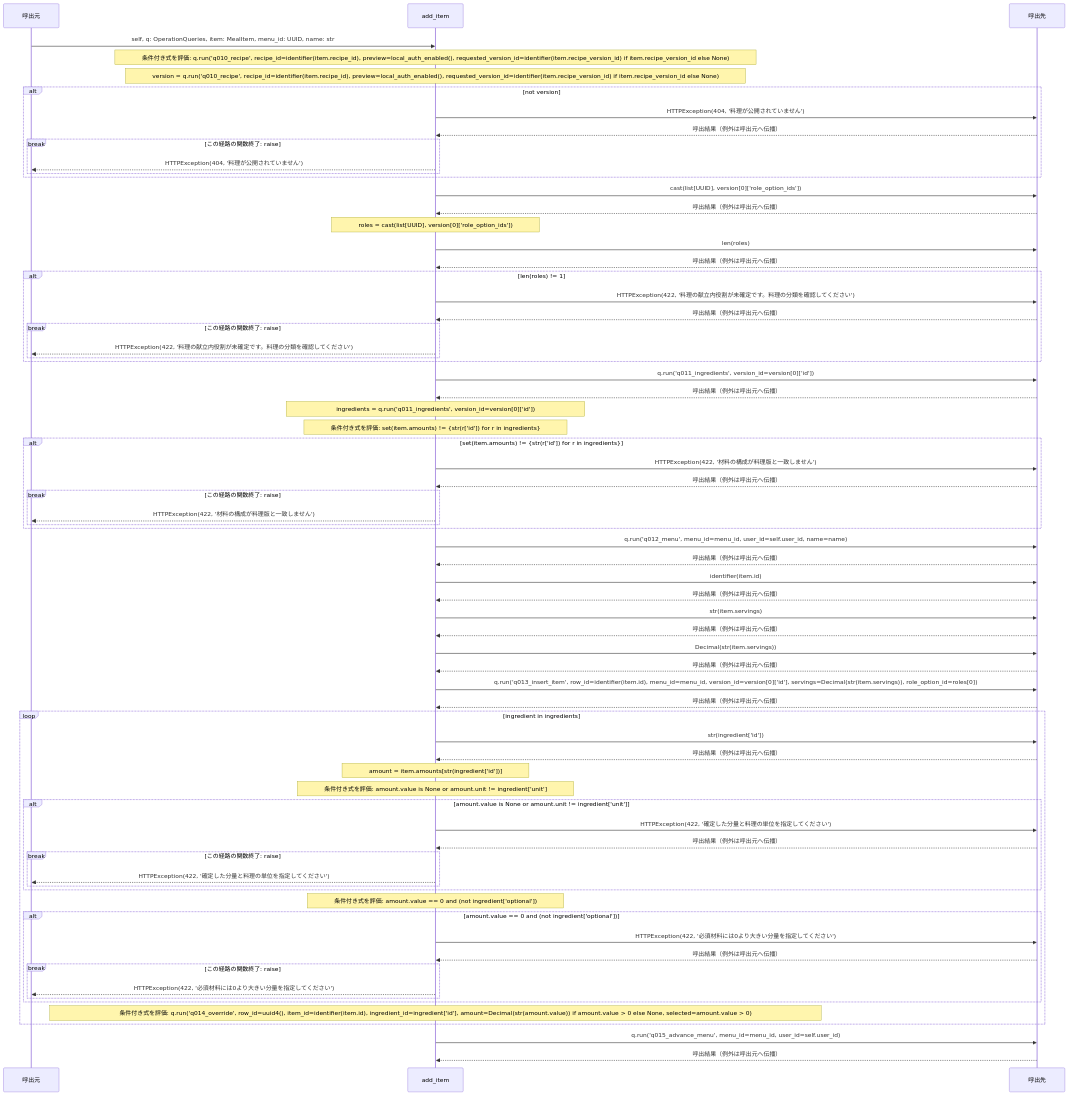
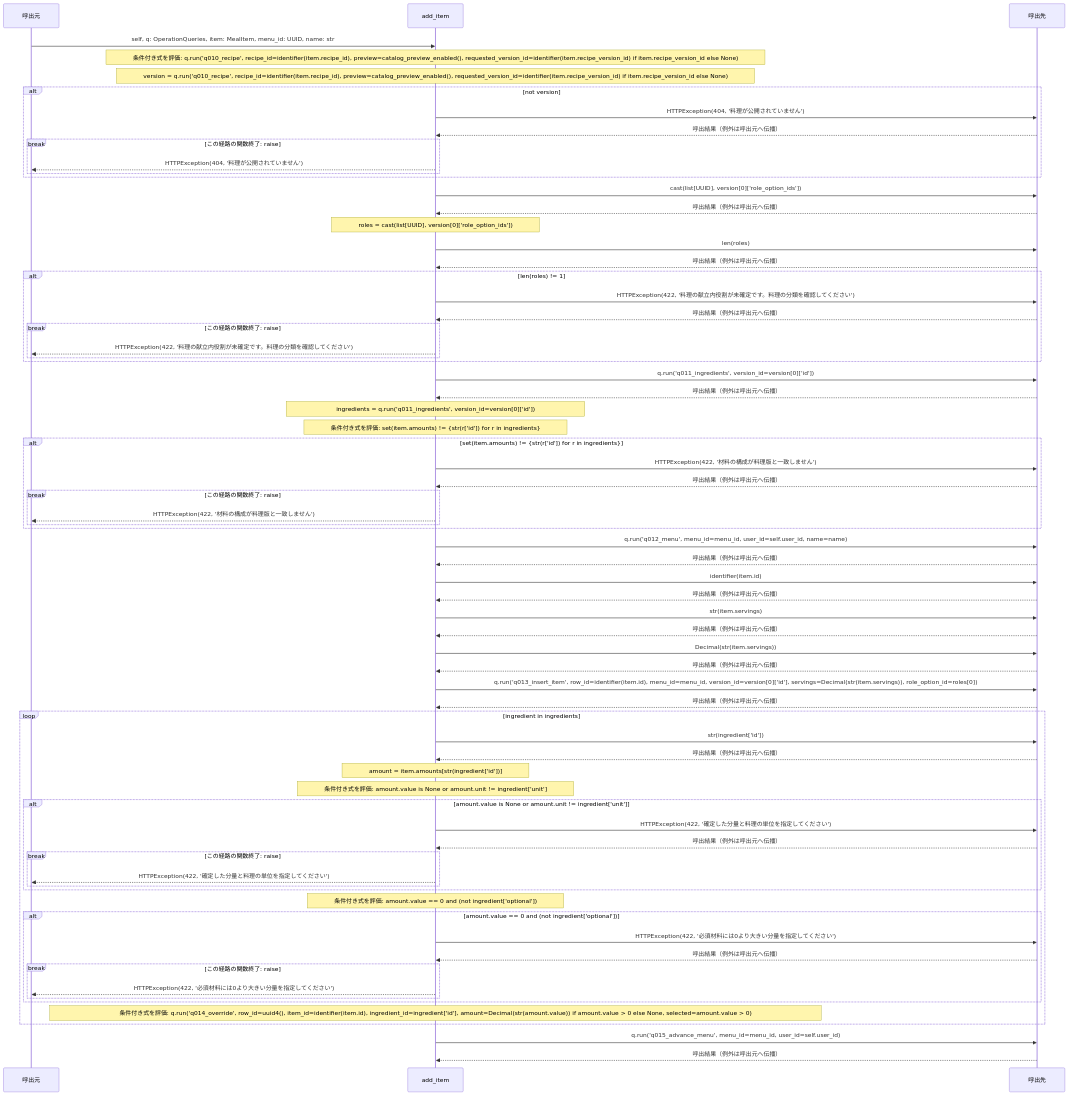
Diagram 11 of 12 in docs/design/generated/api/operations/add_menu_item/sequence.md (tsuji-tomonori/RecipeWeave), drawn with Mermaid before and after one commit. The commit also changed other lines of this file and 1660 other files, not shown here.

````diff
--- a/docs/design/generated/api/operations/add_menu_item/sequence.md
+++ b/docs/design/generated/api/operations/add_menu_item/sequence.md
@@ -254,73 +254,73 @@
 ```mermaid
 sequenceDiagram
     participant Caller as 呼出元
     participant Function as add_item
     participant Callee as 呼出先
     Caller->>Function: self, q: OperationQueries, item: MealItem, menu_id: UUID, name: str
-    Note over Function: 条件付き式を評価: q.run(#39;q010_recipe#39;, recipe_id=identifier(item.recipe_id), preview=local_auth_enabled(), requested_version_id=identifier(item.recipe_version_id) if item.recipe_version_id else None)
-    Note over Function: version = q.run(#39;q010_recipe#39;, recipe_id=identifier(item.recipe_id), preview=local_auth_enabled(), requested_version_id=identifier(item.recipe_version_id) if item.recipe_version_id else None)
+    Note over Function: 条件付き式を評価: q.run(#39;q010_recipe#39;, recipe_id=identifier(item.recipe_id), preview=catalog_preview_enabled(), requested_version_id=identifier(item.recipe_version_id) if item.recipe_version_id else None)
+    Note over Function: version = q.run(#39;q010_recipe#39;, recipe_id=identifier(item.recipe_id), preview=catalog_preview_enabled(), requested_version_id=identifier(item.recipe_version_id) if item.recipe_version_id else None)
     alt not version
         Function->>Callee: HTTPException(404, #39;料理が公開されていません#39;)
         Callee-->>Function: 呼出結果（例外は呼出元へ伝播）
         break この経路の関数終了: raise
             Function-->>Caller: HTTPException(404, #39;料理が公開されていません#39;)
         end
     end
     Function->>Callee: cast(list[UUID], version[0][#39;role_option_ids#39;])
     Callee-->>Function: 呼出結果（例外は呼出元へ伝播）
     Note over Function: roles = cast(list[UUID], version[0][#39;role_option_ids#39;])
     Function->>Callee: len(roles)
     Callee-->>Function: 呼出結果（例外は呼出元へ伝播）
     alt len(roles) != 1
         Function->>Callee: HTTPException(422, #39;料理の献立内役割が未確定です。料理の分類を確認してください#39;)
         Callee-->>Function: 呼出結果（例外は呼出元へ伝播）
         break この経路の関数終了: raise
             Function-->>Caller: HTTPException(422, #39;料理の献立内役割が未確定です。料理の分類を確認してください#39;)
         end
     end
     Function->>Callee: q.run(#39;q011_ingredients#39;, version_id=version[0][#39;id#39;])
     Callee-->>Function: 呼出結果（例外は呼出元へ伝播）
     Note over Function: ingredients = q.run(#39;q011_ingredients#39;, version_id=version[0][#39;id#39;])
     Note over Function: 条件付き式を評価: set(item.amounts) != {str(r[#39;id#39;]) for r in ingredients}
     alt set(item.amounts) != {str(r[#39;id#39;]) for r in ingredients}
         Function->>Callee: HTTPException(422, #39;材料の構成が料理版と一致しません#39;)
         Callee-->>Function: 呼出結果（例外は呼出元へ伝播）
         break この経路の関数終了: raise
             Function-->>Caller: HTTPException(422, #39;材料の構成が料理版と一致しません#39;)
         end
     end
     Function->>Callee: q.run(#39;q012_menu#39;, menu_id=menu_id, user_id=self.user_id, name=name)
     Callee-->>Function: 呼出結果（例外は呼出元へ伝播）
     Function->>Callee: identifier(item.id)
     Callee-->>Function: 呼出結果（例外は呼出元へ伝播）
     Function->>Callee: str(item.servings)
     Callee-->>Function: 呼出結果（例外は呼出元へ伝播）
     Function->>Callee: Decimal(str(item.servings))
     Callee-->>Function: 呼出結果（例外は呼出元へ伝播）
     Function->>Callee: q.run(#39;q013_insert_item#39;, row_id=identifier(item.id), menu_id=menu_id, version_id=version[0][#39;id#39;], servings=Decimal(str(item.servings)), role_option_id=roles[0])
     Callee-->>Function: 呼出結果（例外は呼出元へ伝播）
     loop ingredient in ingredients
         Function->>Callee: str(ingredient[#39;id#39;])
         Callee-->>Function: 呼出結果（例外は呼出元へ伝播）
         Note over Function: amount = item.amounts[str(ingredient[#39;id#39;])]
         Note over Function: 条件付き式を評価: amount.value is None or amount.unit != ingredient[#39;unit#39;]
         alt amount.value is None or amount.unit != ingredient[#39;unit#39;]
             Function->>Callee: HTTPException(422, #39;確定した分量と料理の単位を指定してください#39;)
             Callee-->>Function: 呼出結果（例外は呼出元へ伝播）
             break この経路の関数終了: raise
                 Function-->>Caller: HTTPException(422, #39;確定した分量と料理の単位を指定してください#39;)
             end
         end
         Note over Function: 条件付き式を評価: amount.value == 0 and (not ingredient[#39;optional#39;])
         alt amount.value == 0 and (not ingredient[#39;optional#39;])
             Function->>Callee: HTTPException(422, #39;必須材料には0より大きい分量を指定してください#39;)
             Callee-->>Function: 呼出結果（例外は呼出元へ伝播）
             break この経路の関数終了: raise
                 Function-->>Caller: HTTPException(422, #39;必須材料には0より大きい分量を指定してください#39;)
             end
         end
         Note over Function: 条件付き式を評価: q.run(#39;q014_override#39;, row_id=uuid4(), item_id=identifier(item.id), ingredient_id=ingredient[#39;id#39;], amount=Decimal(str(amount.value)) if amount.value #62; 0 else None, selected=amount.value #62; 0)
     end
     Function->>Callee: q.run(#39;q015_advance_menu#39;, menu_id=menu_id, user_id=self.user_id)
     Callee-->>Function: 呼出結果（例外は呼出元へ伝播）
 ```
````
